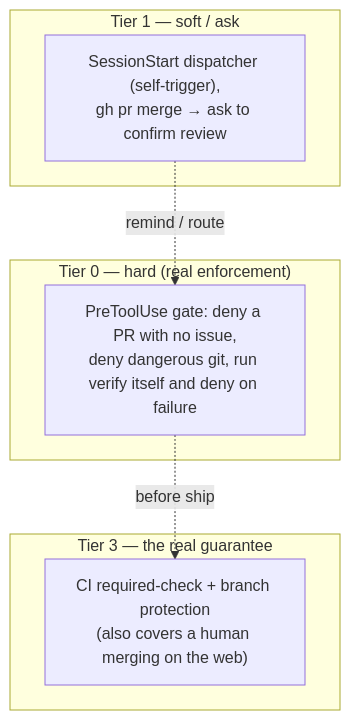
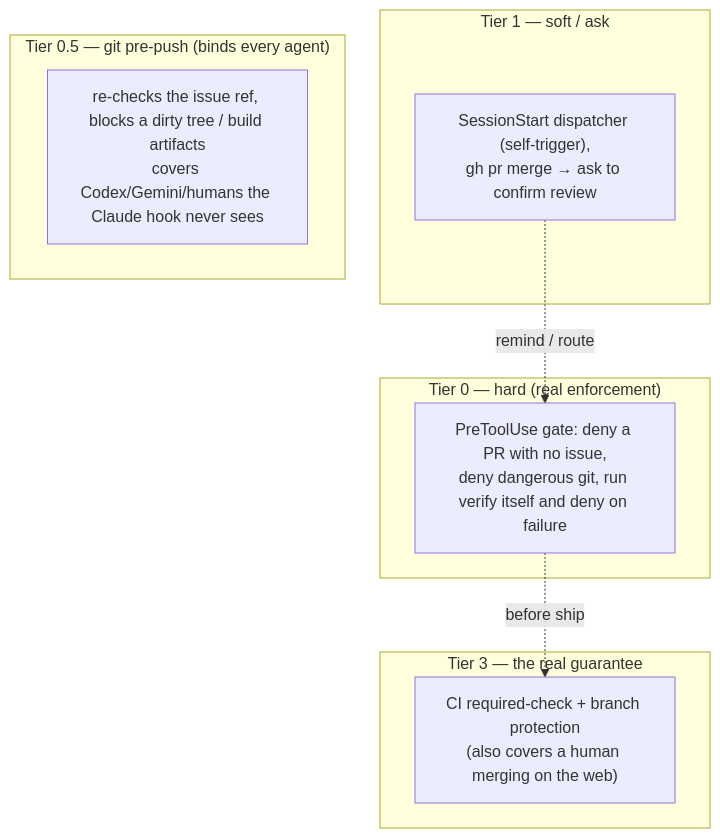
The second of 2 diagrams in docs/development-workflow.en.md (xenodeve/xeno-skills), drawn with Mermaid before and after one commit. The commit also changed other lines of this file and 16 other files, not shown here.

````diff
--- a/docs/development-workflow.en.md
+++ b/docs/development-workflow.en.md
@@ -42,14 +42,17 @@
 ```mermaid
 graph TD
     subgraph T0["Tier 0 — hard (real enforcement)"]
       A["PreToolUse gate: deny a PR with no issue,<br/>deny dangerous git, run verify itself and deny on failure"]
     end
     subgraph T1["Tier 1 — soft / ask"]
       B["SessionStart dispatcher (self-trigger),<br/>gh pr merge → ask to confirm review"]
     end
+    subgraph T05["Tier 0.5 — git pre-push (binds every agent)"]
+      G["re-checks the issue ref, blocks a dirty tree / build artifacts<br/>covers Codex/Gemini/humans the Claude hook never sees"]
+    end
     subgraph T3["Tier 3 — the real guarantee"]
       C["CI required-check + branch protection<br/>(also covers a human merging on the web)"]
     end
     B -.->|remind / route| A
     A -.->|before ship| C
 ```
````
